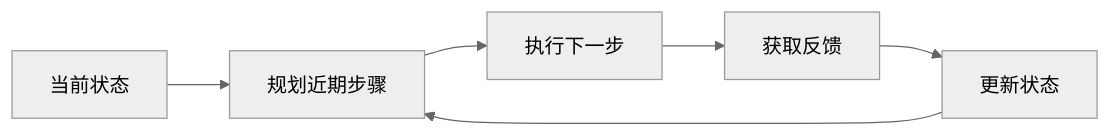
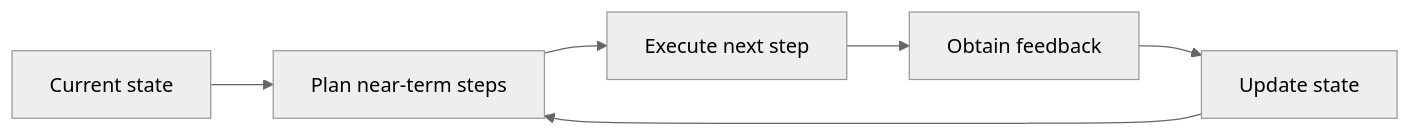
One commit to oneleaveknowsthefall/awesome-ai-roadmap changed the sixth of 16 diagrams in docs/agent/02-reasoning-planning/06-task-decomposition.md. Above: the diagram before and after it, drawn with Mermaid (neutral theme). The commit also changed other lines of this file and 68 other files, not shown here.

````diff
--- a/docs/agent/02-reasoning-planning/06-task-decomposition.md
+++ b/docs/agent/02-reasoning-planning/06-task-decomposition.md
@@ -360,8 +362,8 @@
 ```mermaid
 flowchart LR
-    S[当前状态] --> P[规划近期步骤]
-    P --> E[执行下一步]
-    E --> O[获取反馈]
-    O --> U[更新状态]
+    S[Current state] --> P[Plan near-term steps]
+    P --> E[Execute next step]
+    E --> O[Obtain feedback]
+    O --> U[Update state]
     U --> P
 ```
````
